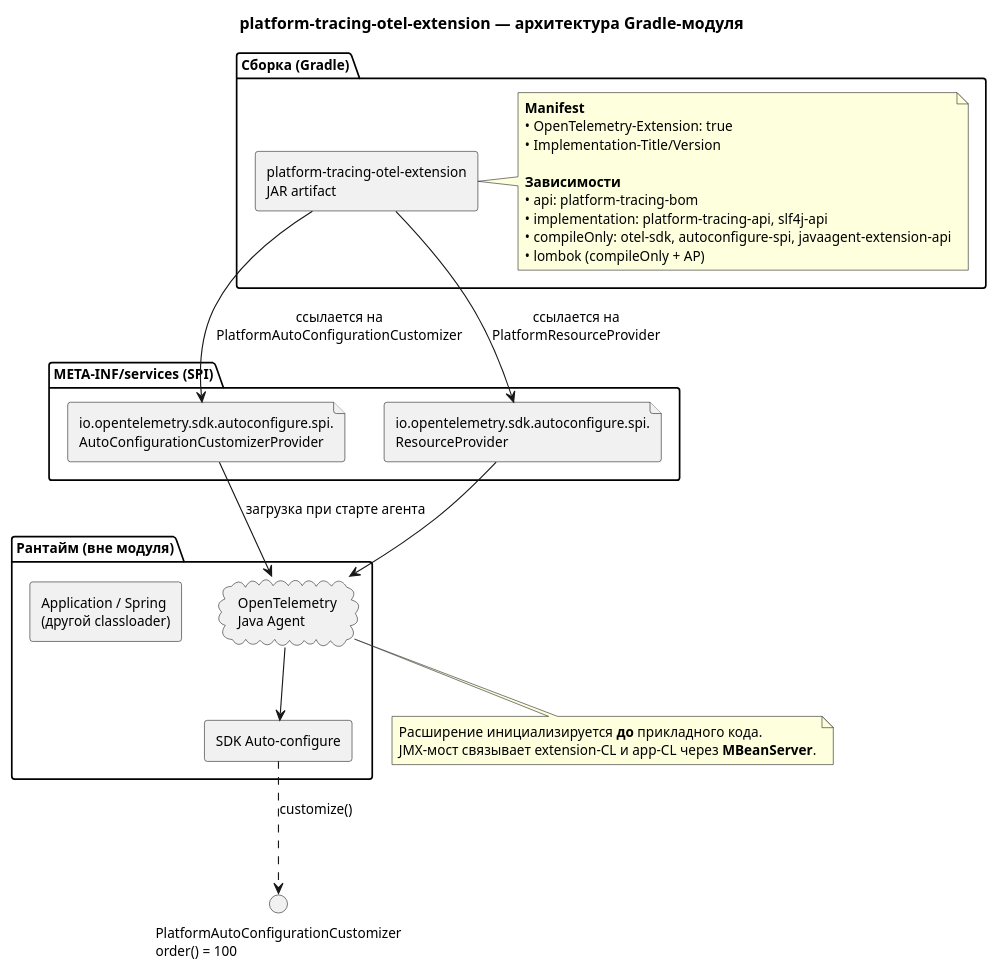
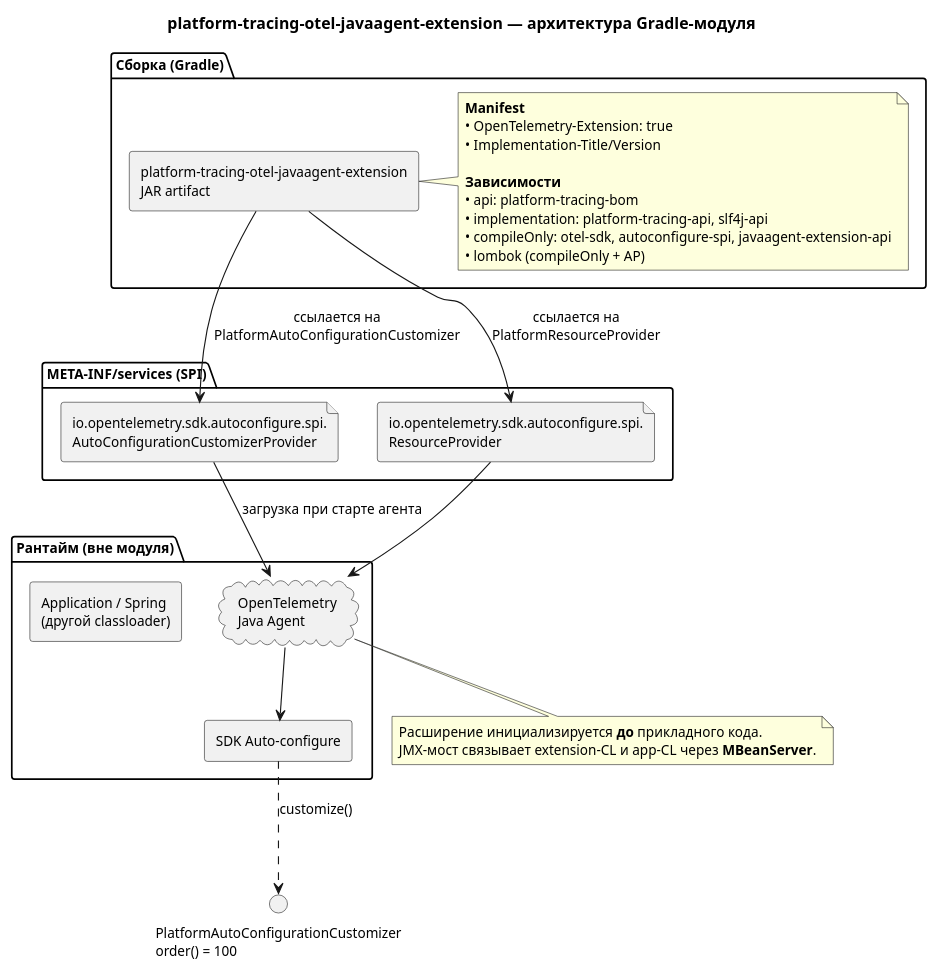
The first of 4 diagrams in docs/architecture/Components_v1.puml (andrew3008/EnglishDictionary), drawn with PlantUML before and after one commit. The commit also changed other lines of this file and 397 other files, not shown here.

Commit message:
refactor(tracing): rename extension artifact to javaagent extension

```diff
--- a/docs/architecture/Components_v1.puml
+++ b/docs/architecture/Components_v1.puml
@@ -1,47 +1,47 @@
-@startuml platform-tracing-otel-extension-architecture
-title platform-tracing-otel-extension — архитектура Gradle-модуля
+@startuml platform-tracing-otel-javaagent-extension-architecture
+title platform-tracing-otel-javaagent-extension — архитектура Gradle-модуля
 
 skinparam componentStyle rectangle
 skinparam defaultFontSize 12
 
 package "Сборка (Gradle)" {
-  [platform-tracing-otel-extension\nJAR artifact] as jar
+  [platform-tracing-otel-javaagent-extension\nJAR artifact] as jar
   note right of jar
     **Manifest**
     • OpenTelemetry-Extension: true
     • Implementation-Title/Version
     
     **Зависимости**
     • api: platform-tracing-bom
     • implementation: platform-tracing-api, slf4j-api
     • compileOnly: otel-sdk, autoconfigure-spi, javaagent-extension-api
     • lombok (compileOnly + AP)
   end note
 }
 
 package "Рантайм (вне модуля)" {
   cloud "OpenTelemetry\nJava Agent" as agent
   [SDK Auto-configure] as autoconf
   [Application / Spring\n(другой classloader)] as app
 }
 
 package "META-INF/services (SPI)" {
   file "io.opentelemetry.sdk.autoconfigure.spi.\nAutoConfigurationCustomizerProvider" as spi_ac
   file "io.opentelemetry.sdk.autoconfigure.spi.\nResourceProvider" as spi_res
 }
 
 spi_ac --> agent : загрузка при старте агента
 spi_res --> agent
 agent --> autoconf
 
 jar --> spi_ac : ссылается на\nPlatformAutoConfigurationCustomizer
 jar --> spi_res : ссылается на\nPlatformResourceProvider
 
 autoconf ..> "PlatformAutoConfigurationCustomizer\norder() = 100" : customize()
 
 note bottom of agent
   Расширение инициализируется **до** прикладного кода.
   JMX-мост связывает extension-CL и app-CL через **MBeanServer**.
 end note
 
 @enduml
```
